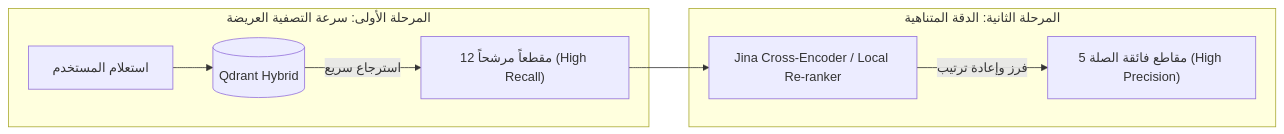
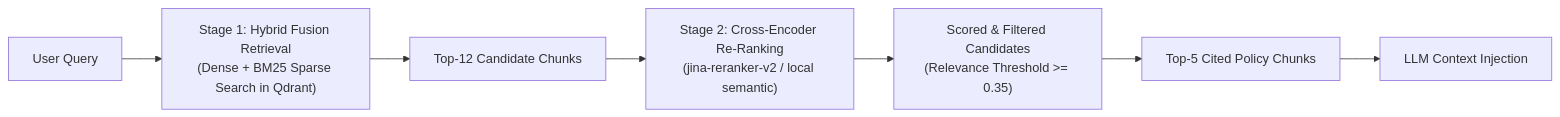
The first of 2 diagrams in docs/08-retrieval-and-agent-pipeline.md (ali-abofouda/hr-policy-rag-assistant), drawn with Mermaid before and after one commit. The commit also changed other lines of this file and 18 other files, not shown here.

Commit message:
docs(manual): complete 15-module technical architecture documentation in english

````diff
--- a/docs/08-retrieval-and-agent-pipeline.md
+++ b/docs/08-retrieval-and-agent-pipeline.md
@@ -54,12 +9,9 @@
 ```mermaid
 flowchart LR
-    subgraph Stage1 ["المرحلة الأولى: سرعة التصفية العريضة"]
-        Q["استعلام المستخدم"] --> VectorStore[("Qdrant Hybrid")]
-        VectorStore -->|استرجاع سريع| C12["12 مقطعاً مرشحاً (High Recall)"]
-    end
-
-    subgraph Stage2 ["المرحلة الثانية: الدقة المتناهية"]
-        C12 --> CrossEncoder["Jina Cross-Encoder / Local Re-ranker"]
-        CrossEncoder -->|فرز وإعادة ترتيب| C5["5 مقاطع فائقة الصلة (High Precision)"]
-    end
+    Query["User Query"] --> Fusion["Stage 1: Hybrid Fusion Retrieval\n(Dense + BM25 Sparse Search in Qdrant)"]
+    Fusion --> CandidateList["Top-12 Candidate Chunks"]
+    CandidateList --> Reranker["Stage 2: Cross-Encoder Re-Ranking\n(jina-reranker-v2 / local semantic)"]
+    Reranker --> ScoredList["Scored & Filtered Candidates\n(Relevance Threshold >= 0.35)"]
+    ScoredList --> FinalCited["Top-5 Cited Policy Chunks"]
+    FinalCited --> Context["LLM Context Injection"]
 ```
````
